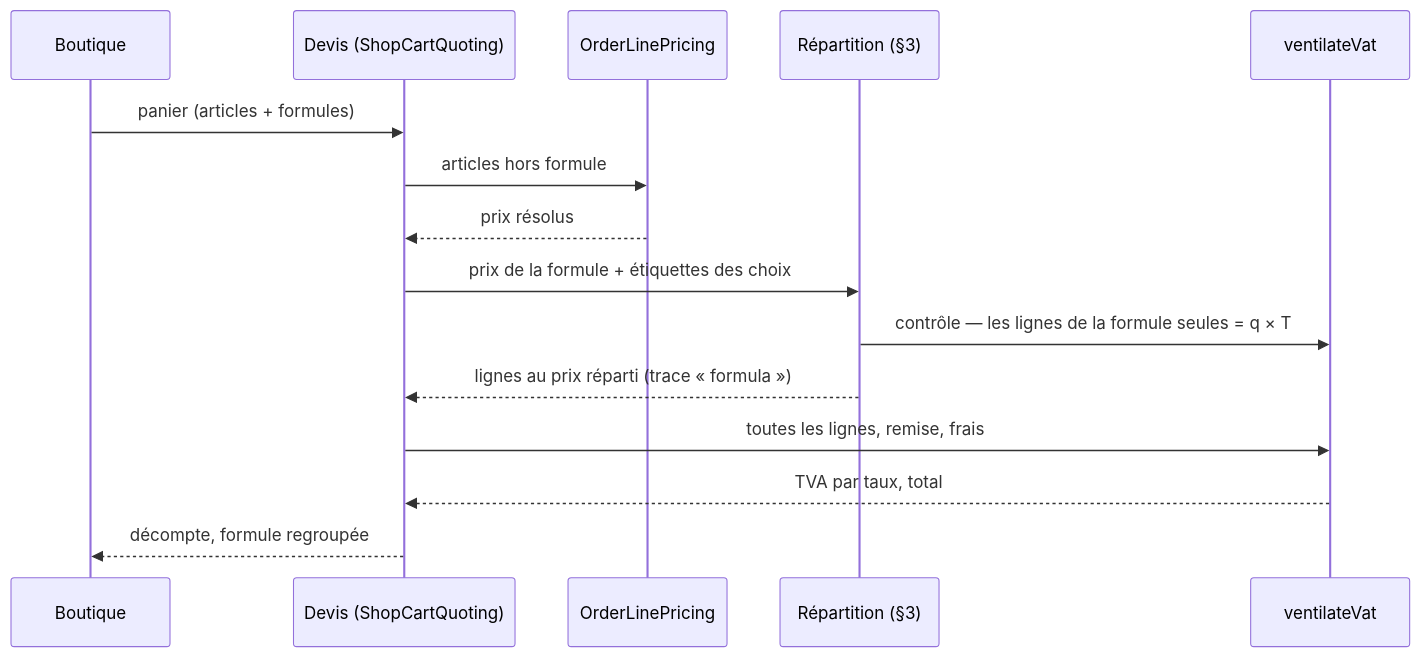
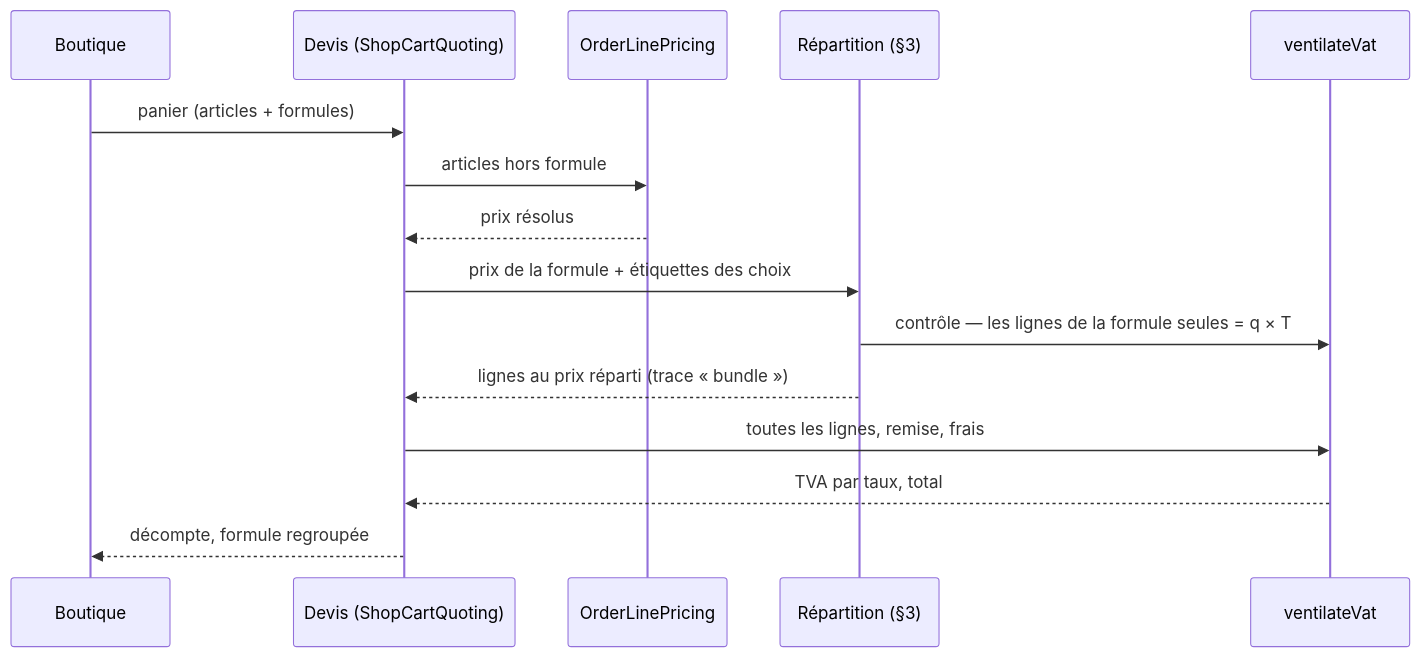
The diagram in documentation/formules/plan-les-formules.md (hugoheynard/lfd), drawn with Mermaid before and after one commit. The commit also changed other lines of this file, not shown here.

First line of the commit message:
docs(formules): le plan relu contre le code, Bundle dans le code, contredit par vitruve

````diff
--- a/documentation/formules/plan-les-formules.md
+++ b/documentation/formules/plan-les-formules.md
@@ -304,17 +400,17 @@
 ```mermaid
 sequenceDiagram
   participant B as Boutique
   participant Q as Devis (ShopCartQuoting)
   participant L as OrderLinePricing
   participant R as Répartition (§3)
   participant V as ventilateVat
   B->>Q: panier (articles + formules)
   Q->>L: articles hors formule
   L-->>Q: prix résolus
   Q->>R: prix de la formule + étiquettes des choix
   R->>V: contrôle — les lignes de la formule seules = q × T
-  R-->>Q: lignes au prix réparti (trace « formula »)
+  R-->>Q: lignes au prix réparti (trace « bundle »)
   Q->>V: toutes les lignes, remise, frais
   V-->>Q: TVA par taux, total
   Q-->>B: décompte, formule regroupée
 ```
````
